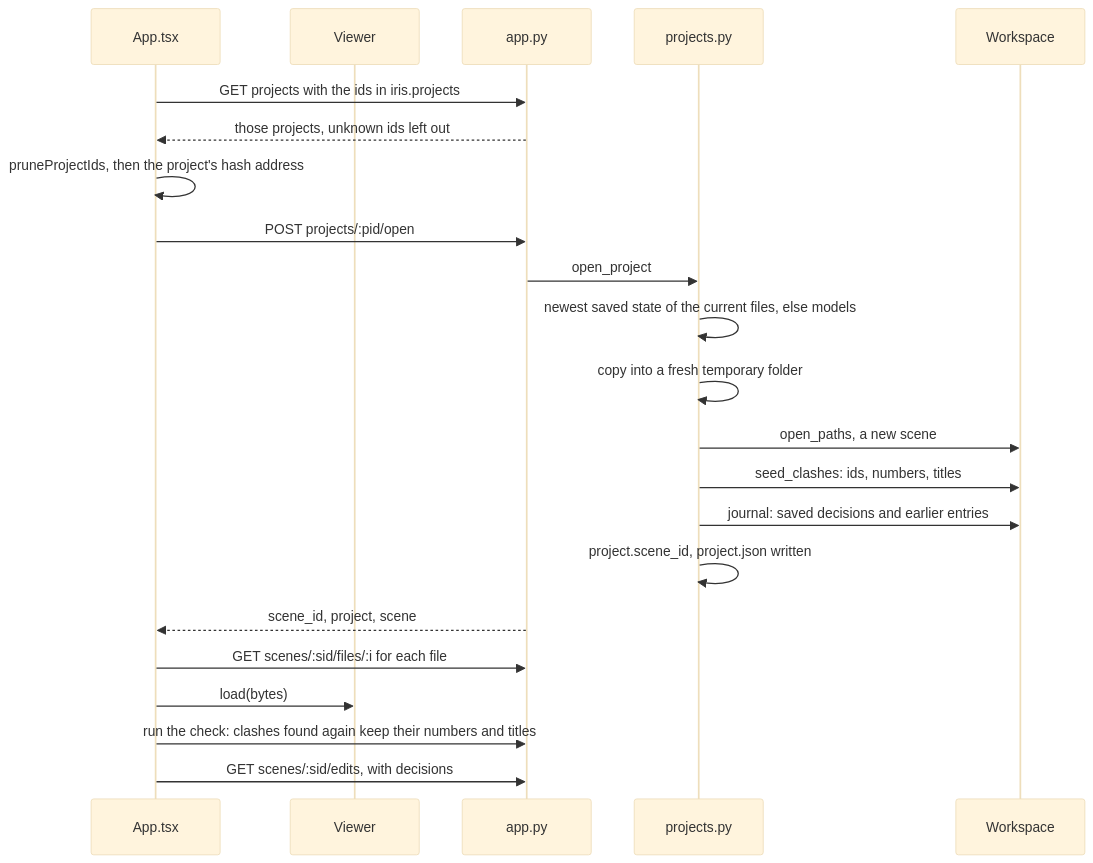
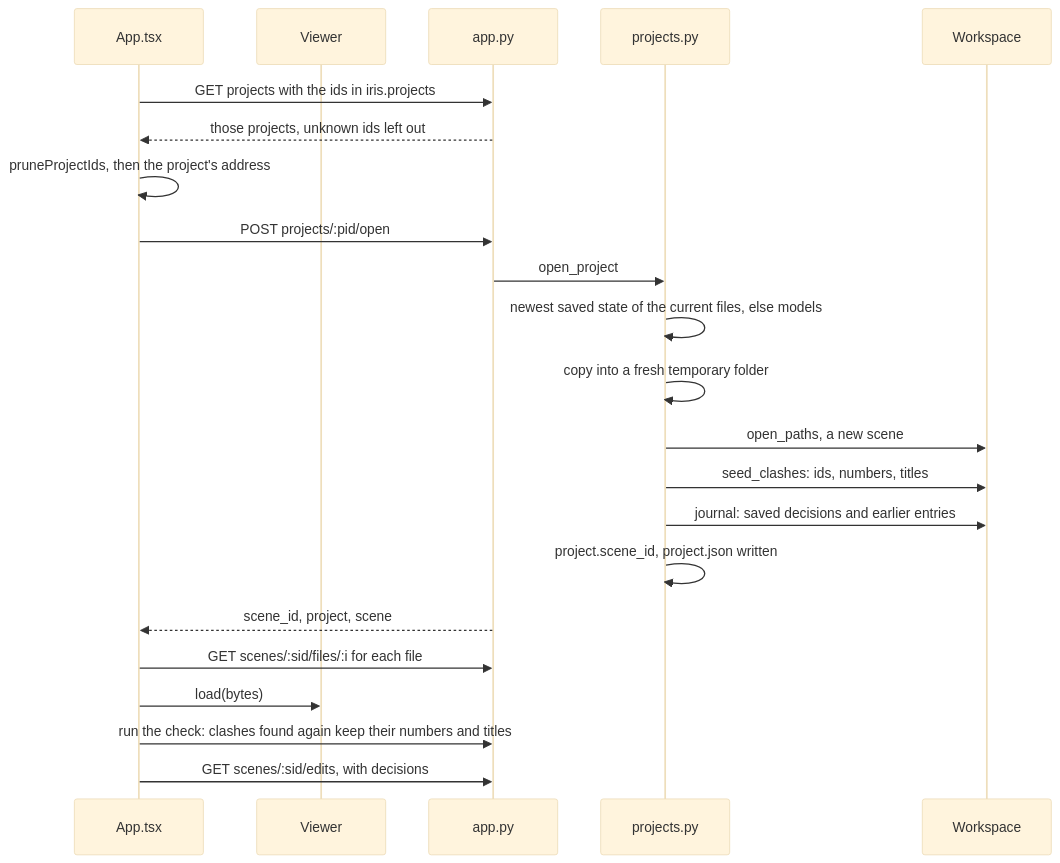
Diagram 16 of 21 in docs/architecture/03-end-to-end-flows.md (Saravana-Rajan/IRIS), drawn with Mermaid (base theme) before and after one commit. The commit also changed other lines of this file and 44 other files, not shown here.

````diff
--- a/docs/architecture/03-end-to-end-flows.md
+++ b/docs/architecture/03-end-to-end-flows.md
@@ -677,24 +678,24 @@
 ```mermaid
 sequenceDiagram
   participant App as App.tsx
   participant V as Viewer
   participant API as app.py
   participant P as projects.py
   participant WS as Workspace
   App->>API: GET projects with the ids in iris.projects
   API-->>App: those projects, unknown ids left out
-  App->>App: pruneProjectIds, then the project's hash address
+  App->>App: pruneProjectIds, then the project's address
   App->>API: POST projects/:pid/open
   API->>P: open_project
   P->>P: newest saved state of the current files, else models
   P->>P: copy into a fresh temporary folder
   P->>WS: open_paths, a new scene
   P->>WS: seed_clashes: ids, numbers, titles
   P->>WS: journal: saved decisions and earlier entries
   P->>P: project.scene_id, project.json written
   API-->>App: scene_id, project, scene
   App->>API: GET scenes/:sid/files/:i for each file
   App->>V: load(bytes)
   App->>API: run the check: clashes found again keep their numbers and titles
   App->>API: GET scenes/:sid/edits, with decisions
 ```
````
